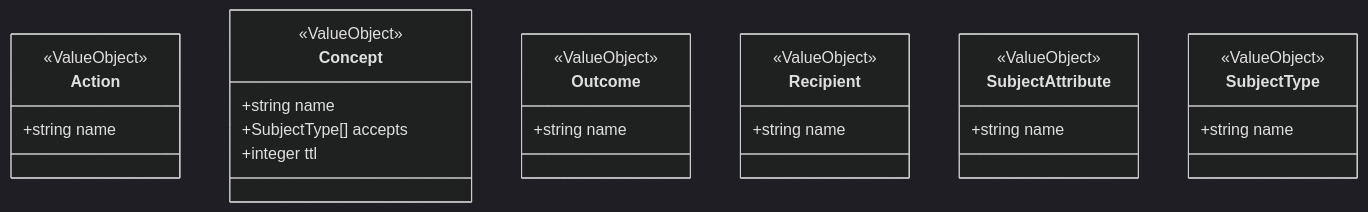
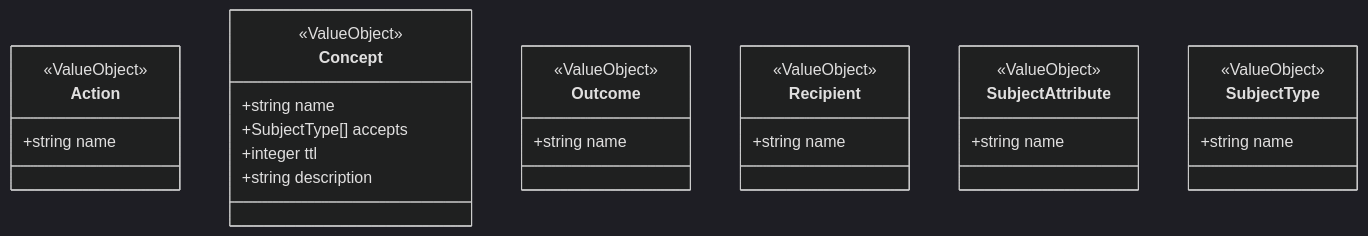
Before and after one commit to zig999/servicedesk: the diagram in knowledge/projections/class-diagram-glossary.mmd, drawn with Mermaid (dark theme). The commit also changed 16 other files, not shown here.

```diff
--- a/knowledge/projections/class-diagram-glossary.mmd
+++ b/knowledge/projections/class-diagram-glossary.mmd
@@ -1,27 +1,28 @@
 classDiagram
     class Action {
         <<ValueObject>>
         +string name
     }
     class Concept {
         <<ValueObject>>
         +string name
         +SubjectType[] accepts
         +integer ttl
+        +string description
     }
     class Outcome {
         <<ValueObject>>
         +string name
     }
     class Recipient {
         <<ValueObject>>
         +string name
     }
     class SubjectAttribute {
         <<ValueObject>>
         +string name
     }
     class SubjectType {
         <<ValueObject>>
         +string name
     }
```
